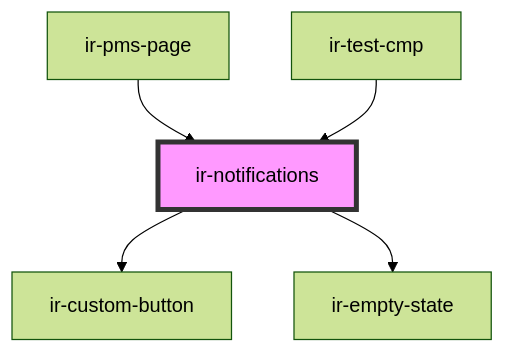
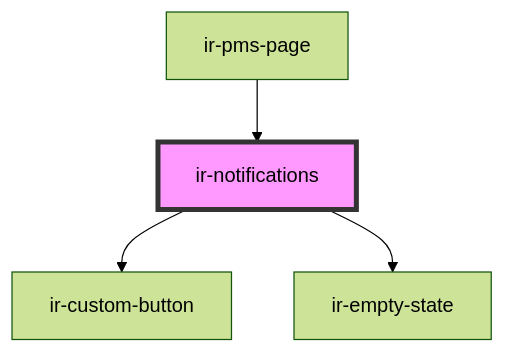
One commit to RonyRizk/ir-webcmp changed the diagram in src/components/ir-notifications/readme.md. Above: the diagram before and after it, drawn with Mermaid (forest theme). The commit also changed other lines of this file and 586 other files, not shown here.

````diff
--- a/src/components/ir-notifications/readme.md
+++ b/src/components/ir-notifications/readme.md
@@ -36,8 +35,7 @@
 ```mermaid
 graph TD;
   ir-notifications --> ir-custom-button
   ir-notifications --> ir-empty-state
   ir-pms-page --> ir-notifications
-  ir-test-cmp --> ir-notifications
   style ir-notifications fill:#f9f,stroke:#333,stroke-width:4px
 ```
````
